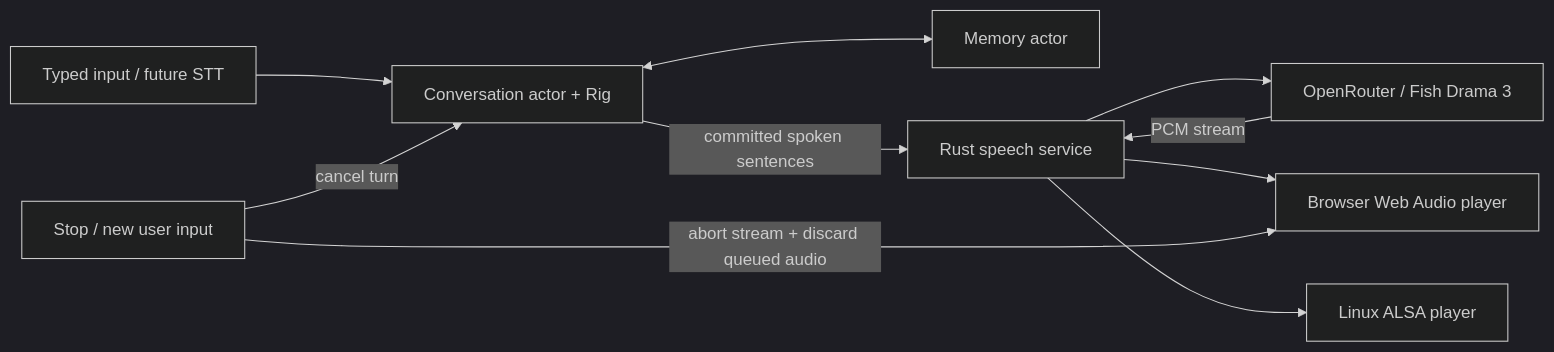
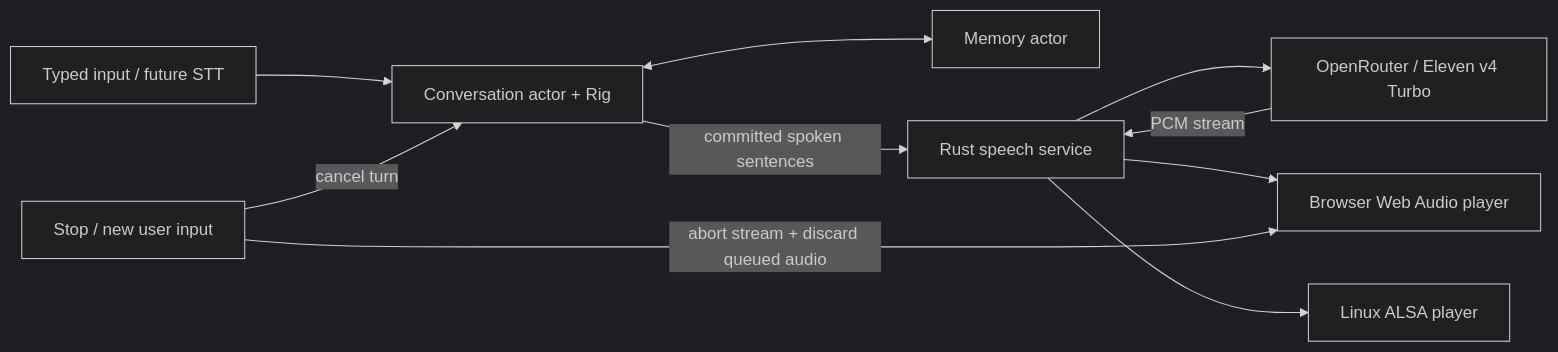
Before and after one commit to brittianwarner/robot-buddy: the diagram in docs/architecture/voice.md, drawn with Mermaid (dark theme). The commit also changed other lines of this file and 19 other files, not shown here.

First line of the commit message:
feat: speak the default buddy with Eleven v4 Turbo

````diff
--- a/docs/architecture/voice.md
+++ b/docs/architecture/voice.md
@@ -5,12 +5,12 @@
 ```mermaid
 flowchart LR
     Input[Typed input / future STT] --> Conversation[Conversation actor + Rig]
     Conversation <--> Memory[Memory actor]
     Conversation -->|committed spoken sentences| Speech[Rust speech service]
-    Speech --> Drama[OpenRouter / Fish Drama 3]
-    Drama -->|PCM stream| Speech
+    Speech --> Eleven[OpenRouter / Eleven v4 Turbo]
+    Eleven -->|PCM stream| Speech
     Speech --> Browser[Browser Web Audio player]
     Speech --> Robot[Linux ALSA player]
     Stop[Stop / new user input] -->|abort stream + discard queued audio| Browser
     Stop -->|cancel turn| Conversation
 ```
````
